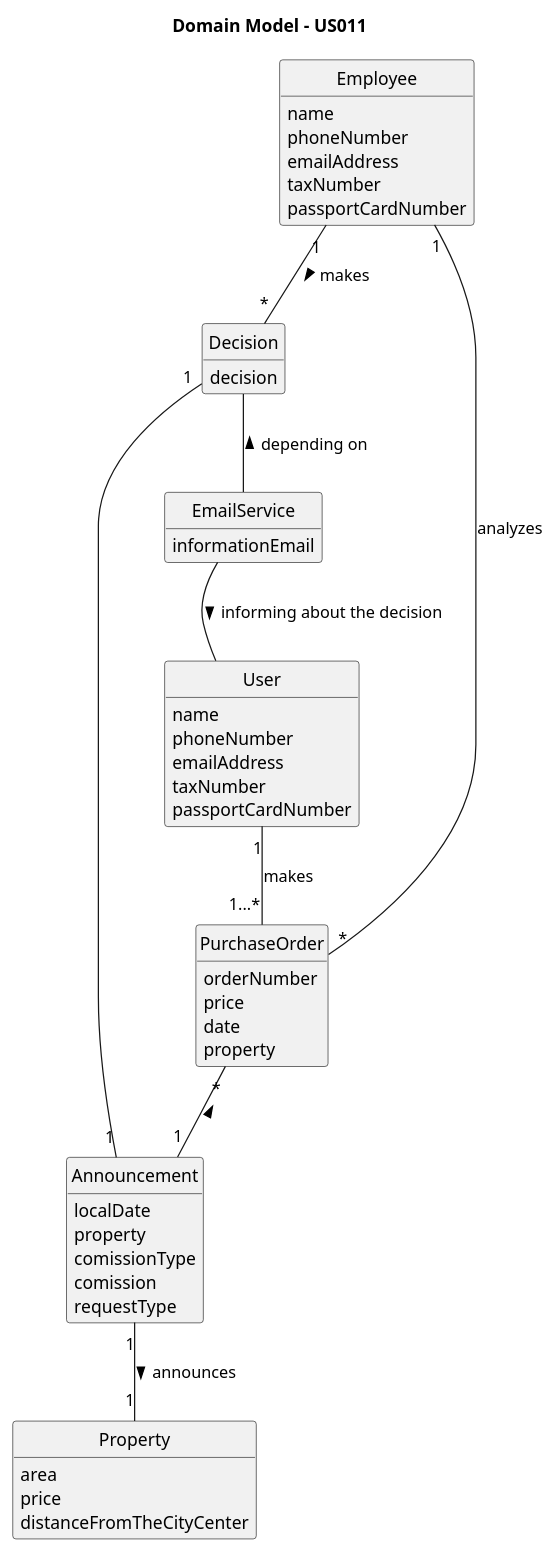
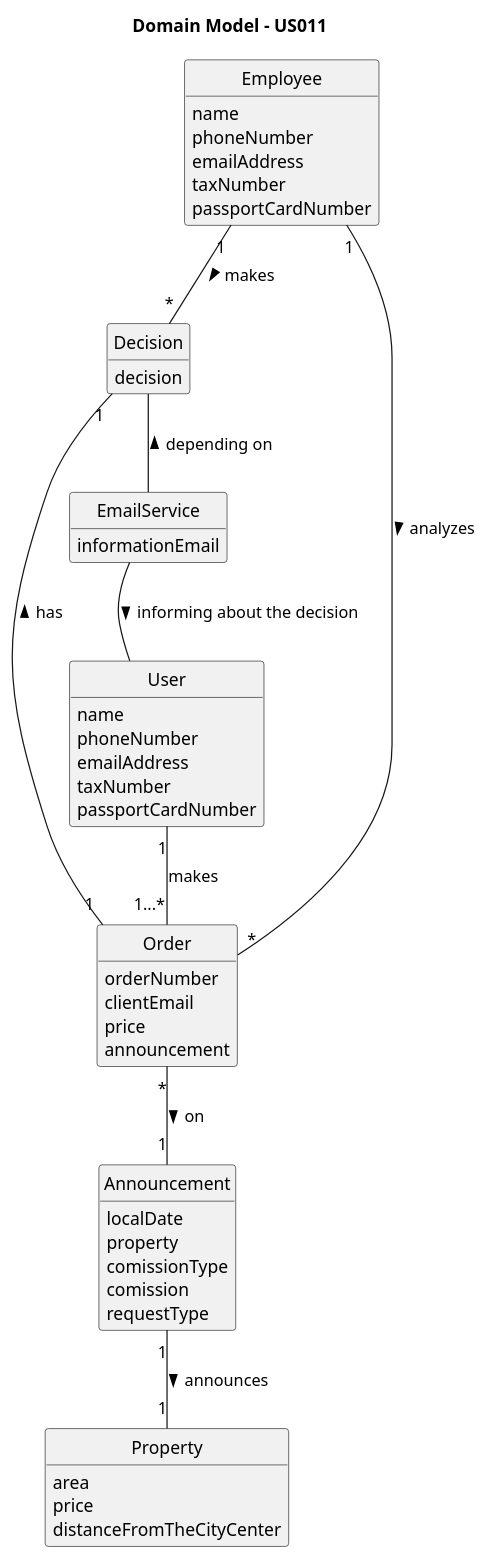
Before and after one commit to 1220812/LAPR2: the diagram in docs/sprintD/us011/02.analysis/puml/us011-domain-model.puml, drawn with PlantUML. The commit also changed 23 other files, not shown here.

```diff
--- a/docs/sprintD/us011/02.analysis/puml/us011-domain-model.puml
+++ b/docs/sprintD/us011/02.analysis/puml/us011-domain-model.puml
@@ -1,71 +1,71 @@
 @startuml
 skinparam monochrome true
 skinparam packageStyle rectangle
 skinparam shadowing false
 
 'left to right direction
 
 skinparam classAttributeIconSize 0
 
 hide circle
 hide methods
 
 title Domain Model - US011
 
 class Property{
 area
 price
 distanceFromTheCityCenter
 }
 
 class Employee{
 name
 phoneNumber
 emailAddress
 taxNumber
 passportCardNumber
 }
 
 class Decision{
 decision
 }
 
-class PurchaseOrder{
+class Order{
 orderNumber
+clientEmail
 price
-date
-property
+announcement
 }
 
 
 class User{
 name
 phoneNumber
 emailAddress
 taxNumber
 passportCardNumber
 }
 
 class Announcement{
 localDate
 property
 comissionType
 comission
 requestType
 }
 
 class EmailService{
 informationEmail
 }
 
 
 Employee "1" -- "*" Decision : makes >
 Announcement "1" -- "1" Property : announces >
-User "1" -- "1...*" PurchaseOrder : makes
-PurchaseOrder "*" -- "1" Announcement : <
-Employee "1" --"*" PurchaseOrder : analyzes
-Decision "1" -- "1" Announcement
+User "1" -- "1...*" Order : makes
+Order "*" -- "1" Announcement : > on
+Employee "1" --"*" Order : analyzes >
+Decision "1" -- "1" Order : has <
 Decision -- EmailService : depending on <
 EmailService -- User : informing about the decision >
 
 @enduml
```
